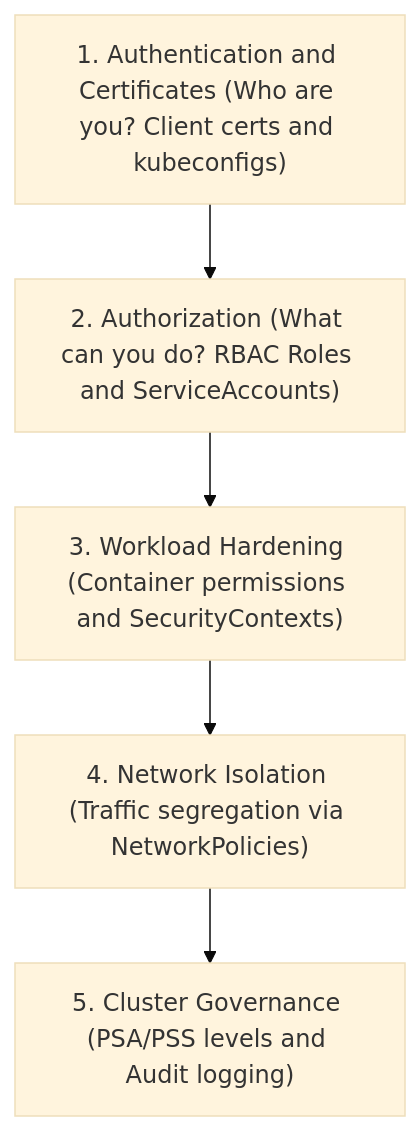
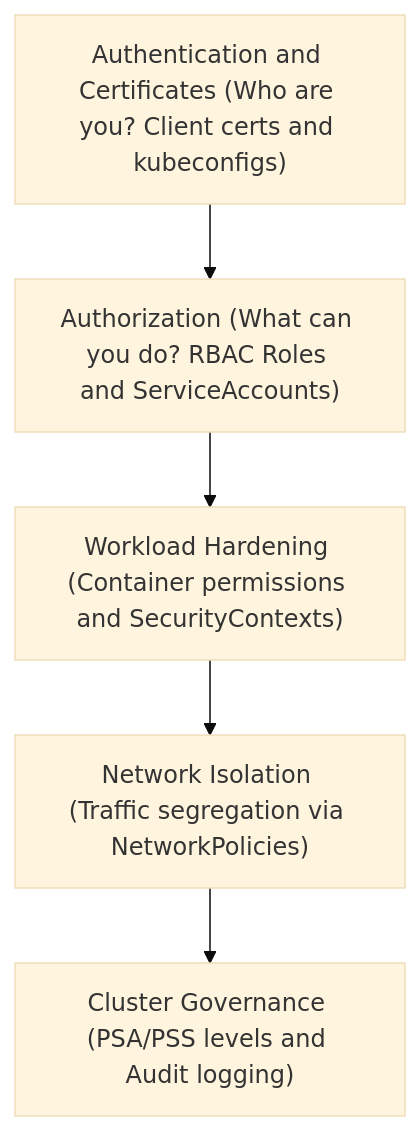
Before and after one commit to kmashour/BrainDump: the first of 3 diagrams in Reference Notes/08_security_and_network_policies.md, drawn with Mermaid (base theme). The commit also changed 15 other files, not shown here.

Commit message:
docs: remove leading numbers from mermaid node labels to avoid list parsing errors

````diff
--- a/Reference Notes/08_security_and_network_policies.md
+++ b/Reference Notes/08_security_and_network_policies.md
@@ -11,7 +11,7 @@
 ```mermaid
 graph TD
-    A["1. Authentication and Certificates (Who are you? Client certs and kubeconfigs)"] --> B["2. Authorization (What can you do? RBAC Roles and ServiceAccounts)"]
-    B --> C["3. Workload Hardening (Container permissions and SecurityContexts)"]
-    C --> D["4. Network Isolation (Traffic segregation via NetworkPolicies)"]
-    D --> E["5. Cluster Governance (PSA/PSS levels and Audit logging)"]
+    A["Authentication and Certificates (Who are you? Client certs and kubeconfigs)"] --> B["Authorization (What can you do? RBAC Roles and ServiceAccounts)"]
+    B --> C["Workload Hardening (Container permissions and SecurityContexts)"]
+    C --> D["Network Isolation (Traffic segregation via NetworkPolicies)"]
+    D --> E["Cluster Governance (PSA/PSS levels and Audit logging)"]
 ```
````
